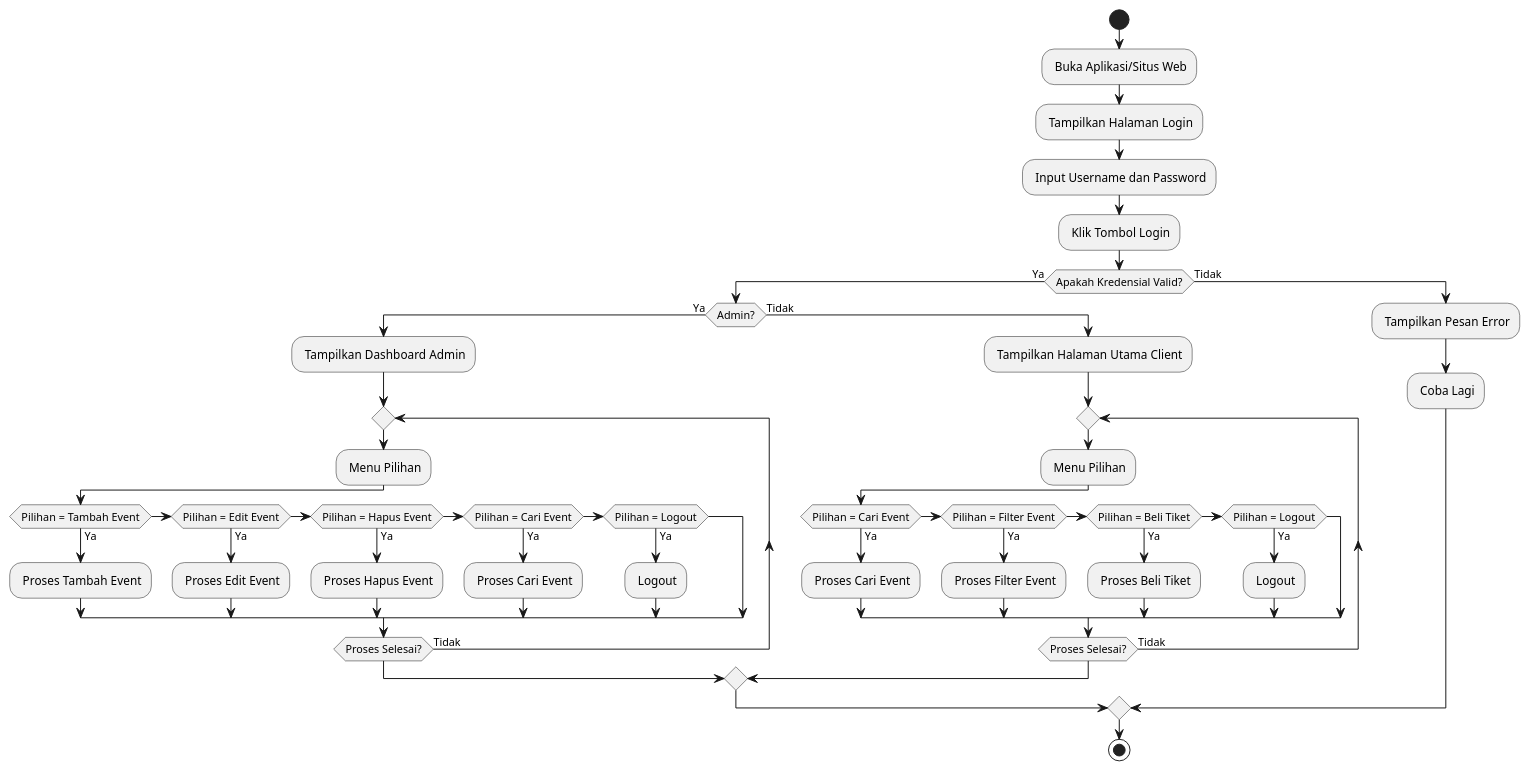
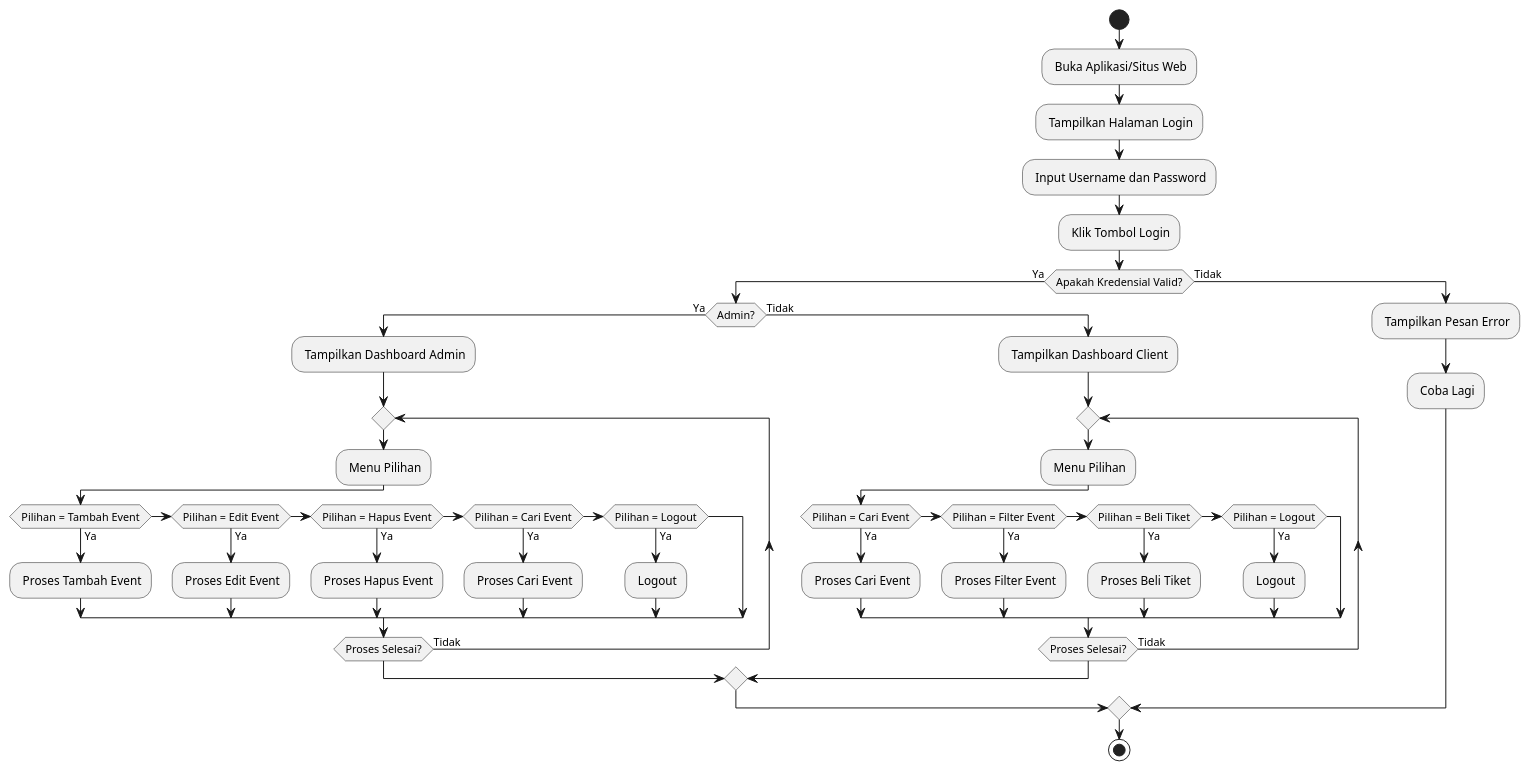
One commit to GibranHakimyeyo/DAA changed the diagram in UAS/flow.puml. Above: the diagram before and after it, drawn with PlantUML. The commit also changed 1 other file, not shown here.

```diff
--- a/UAS/flow.puml
+++ b/UAS/flow.puml
@@ -1,46 +1,46 @@
 @startuml
 start
 : Buka Aplikasi/Situs Web;
 : Tampilkan Halaman Login;
 : Input Username dan Password;
 : Klik Tombol Login;
 
 if (Apakah Kredensial Valid?) then (Ya)
   if (Admin?) then (Ya)
     : Tampilkan Dashboard Admin;
     repeat
       : Menu Pilihan;
       if (Pilihan = Tambah Event) then (Ya)
         : Proses Tambah Event;
       elseif (Pilihan = Edit Event) then (Ya)
         : Proses Edit Event;
       elseif (Pilihan = Hapus Event) then (Ya)
         : Proses Hapus Event;
       elseif (Pilihan = Cari Event) then (Ya)
         : Proses Cari Event;
       elseif (Pilihan = Logout) then (Ya)
         : Logout;
       endif
     repeat while (Proses Selesai?) is (Tidak)
   else (Tidak)
-    : Tampilkan Halaman Utama Client;
+    : Tampilkan Dashboard Client;
     repeat
       : Menu Pilihan;
       if (Pilihan = Cari Event) then (Ya)
         : Proses Cari Event;
       elseif (Pilihan = Filter Event) then (Ya)
         : Proses Filter Event;
       elseif (Pilihan = Beli Tiket) then (Ya)
         : Proses Beli Tiket;
       elseif (Pilihan = Logout) then (Ya)
         : Logout;
       endif
     repeat while (Proses Selesai?) is (Tidak)
   endif
 else (Tidak)
   : Tampilkan Pesan Error;
   : Coba Lagi;
 endif
 
 stop
 @enduml
```
